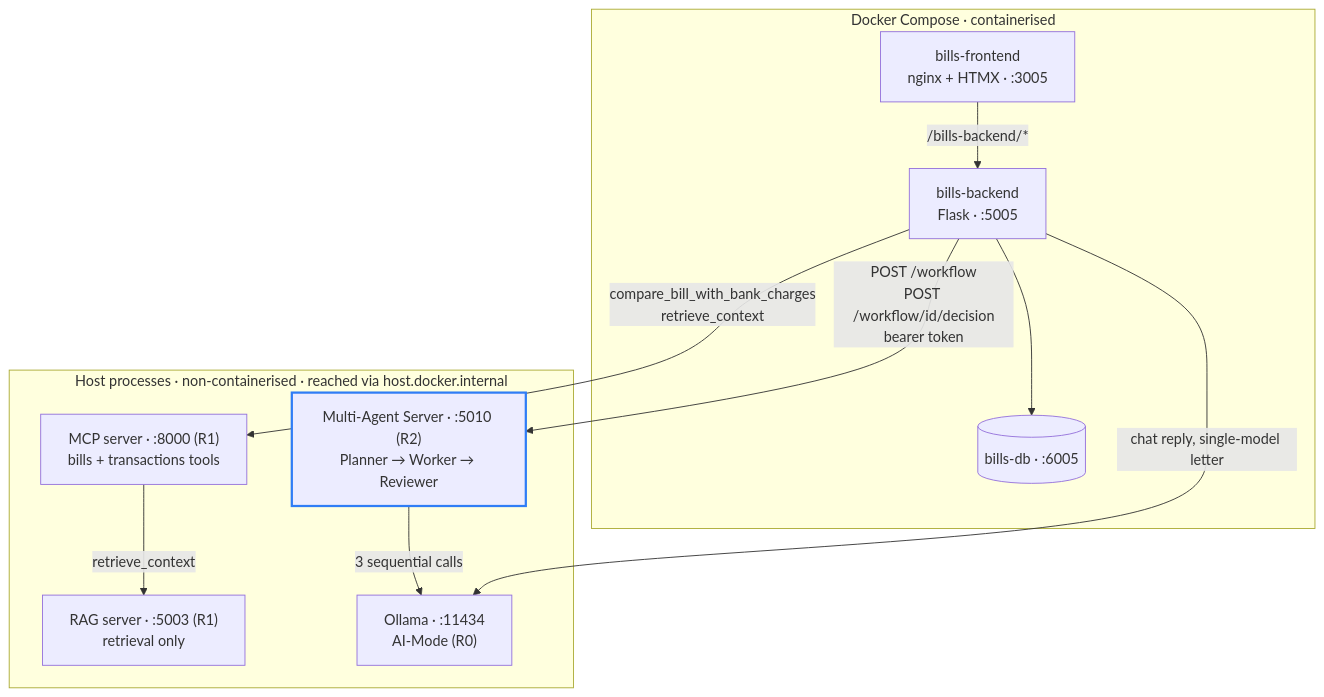
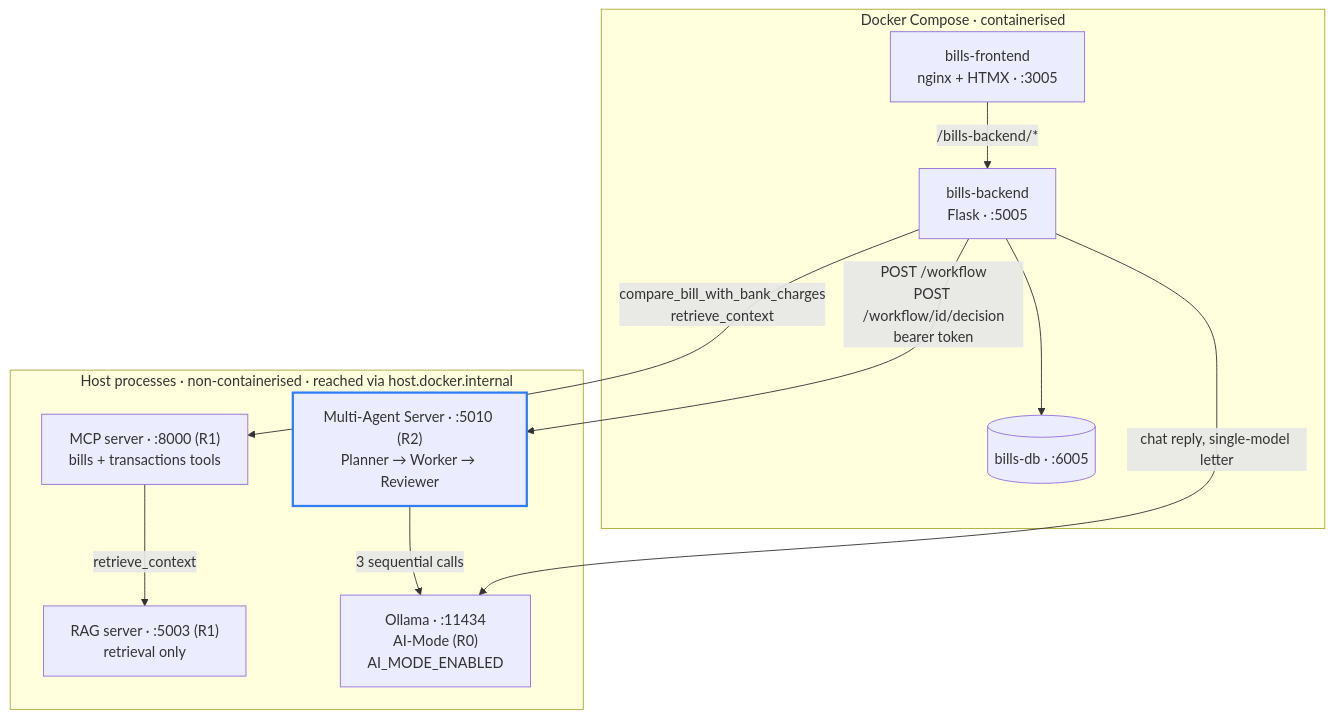
Before and after one commit to David-S-22/Tally: the second of 3 diagrams in docs/release-2/sophia/diagrams/r2-bills-design-flow.md, drawn with Mermaid. The commit also changed other lines of this file and 38 other files, not shown here.

````diff
--- a/docs/release-2/sophia/diagrams/r2-bills-design-flow.md
+++ b/docs/release-2/sophia/diagrams/r2-bills-design-flow.md
@@ -46,23 +46,23 @@
 ```mermaid
 flowchart TB
     subgraph compose["Docker Compose · containerised"]
         FE["bills-frontend<br/>nginx + HTMX · :3005"] -->|"/bills-backend/*"| BE["bills-backend<br/>Flask · :5005"]
         BE --> DB[("bills-db · :6005")]
     end
 
     subgraph host["Host processes · non-containerised · reached via host.docker.internal"]
         MCPS["MCP server · :8000 (R1)<br/>bills + transactions tools"]
         RAG["RAG server · :5003 (R1)<br/>retrieval only"]
         MA["Multi-Agent Server · :5010 (R2)<br/>Planner → Worker → Reviewer"]
-        OL["Ollama · :11434<br/>AI-Mode (R0)"]
+        OL["Ollama · :11434<br/>AI-Mode (R0)<br/>AI_MODE_ENABLED"]
         MCPS -->|"retrieve_context"| RAG
         MA -->|"3 sequential calls"| OL
     end
 
     BE -->|"compare_bill_with_bank_charges<br/>retrieve_context"| MCPS
     BE -->|"POST /workflow<br/>POST /workflow/id/decision<br/>bearer token"| MA
     BE -->|"chat reply, single-model letter"| OL
 
     classDef r2 stroke:#2f7df6,stroke-width:2.5px;
     class MA r2;
 ```
````
